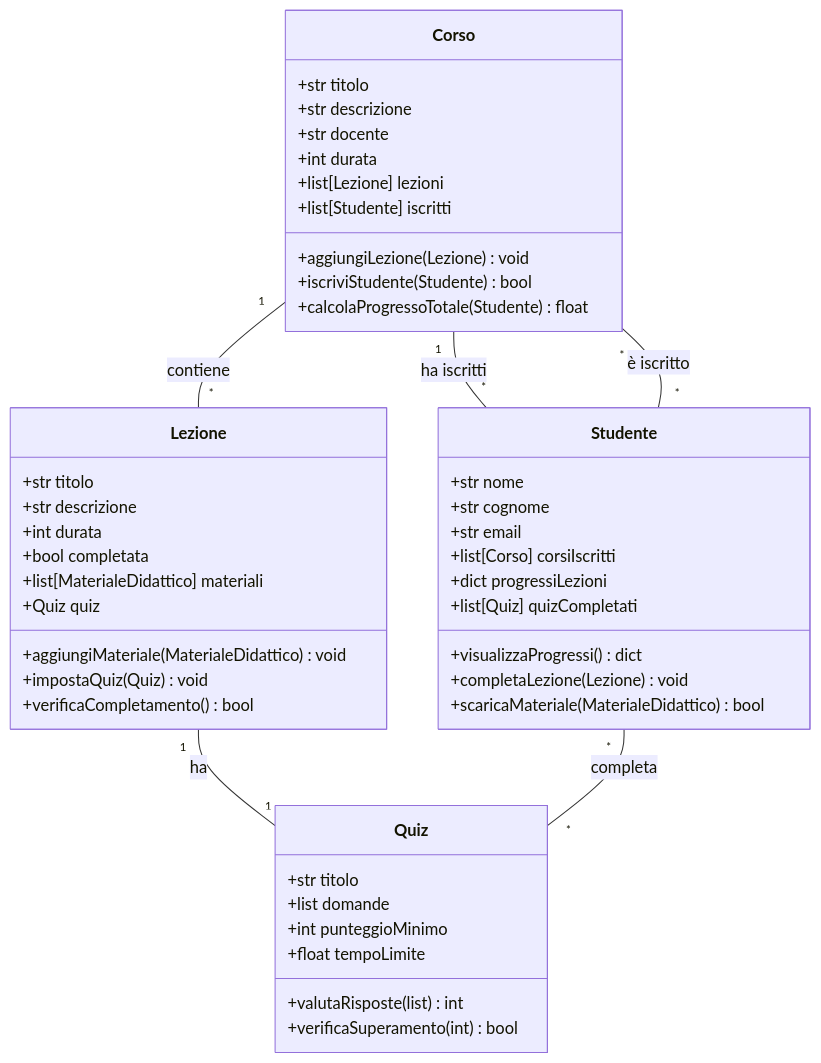
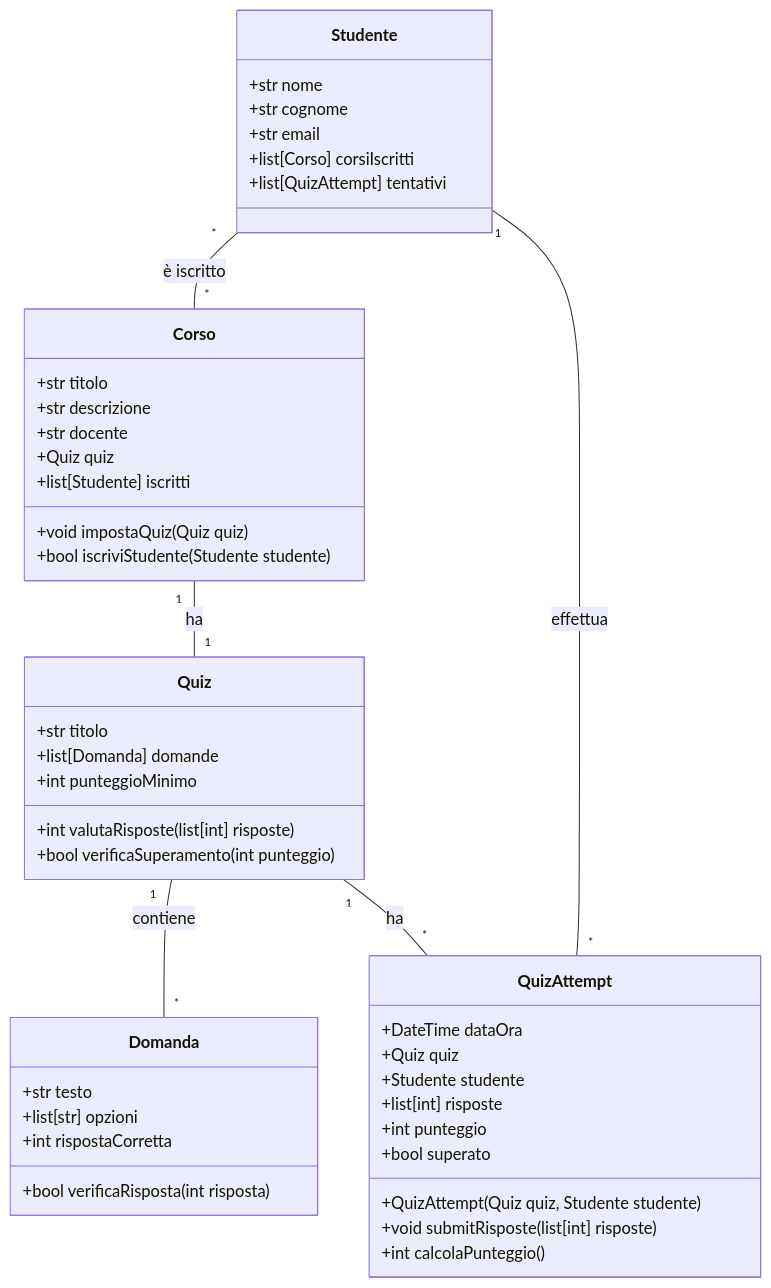
One commit to angelogalantiscuola/2425_4M changed the diagram in src/e30.md. Above: the diagram before and after it, drawn with Mermaid. The commit also changed other lines of this file and 4 other files, not shown here.

Commit message:
Update .gitignore to exclude specific files; enhance class diagram and documentation for online quiz system

````diff
--- a/src/e30.md
+++ b/src/e30.md
@@ -1,54 +1,54 @@
 ```mermaid
 classDiagram
+
+    Corso "1" -- "1" Quiz : ha
+    Studente "*" -- "*" Corso : è iscritto
+    Quiz "1" -- "*" Domanda : contiene
+    Quiz "1" -- "*" QuizAttempt : ha
+    Studente "1" -- "*" QuizAttempt : effettua
+
     class Corso {
         +str titolo
         +str descrizione
         +str docente
-        +int durata
-        +list[Lezione] lezioni
+        +Quiz quiz
         +list[Studente] iscritti
-        +aggiungiLezione(Lezione) void
-        +iscriviStudente(Studente) bool
-        +calcolaProgressoTotale(Studente) float
+        +void impostaQuiz(Quiz quiz)
+        +bool iscriviStudente(Studente studente)
     }
 
     class Studente {
         +str nome
         +str cognome
         +str email
         +list[Corso] corsiIscritti
-        +dict progressiLezioni
-        +list[Quiz] quizCompletati
-        +visualizzaProgressi() dict
-        +completaLezione(Lezione) void
-        +scaricaMateriale(MaterialeDidattico) bool
-    }
-
-    class Lezione {
-        +str titolo
-        +str descrizione
-        +int durata
-        +bool completata
-        +list[MaterialeDidattico] materiali
-        +Quiz quiz
-        +aggiungiMateriale(MaterialeDidattico) void
-        +impostaQuiz(Quiz) void
-        +verificaCompletamento() bool
+        +list[QuizAttempt] tentativi
     }
 
     class Quiz {
         +str titolo
-        +list domande
+        +list[Domanda] domande
         +int punteggioMinimo
-        +float tempoLimite
-        +valutaRisposte(list) int
-        +verificaSuperamento(int) bool
+        +int valutaRisposte(list[int] risposte)
+        +bool verificaSuperamento(int punteggio)
     }
 
+    class Domanda {
+        +str testo
+        +list[str] opzioni
+        +int rispostaCorretta
+        +bool verificaRisposta(int risposta)
+    }
 
-    Corso "1" -- "*" Lezione : contiene
-    Corso "1" -- "*" Studente : ha iscritti
-    Lezione "1" -- "1" Quiz : ha
-    Studente "*" -- "*" Corso : è iscritto
-    Studente "*" -- "*" Quiz : completa
+    class QuizAttempt {
+        +DateTime dataOra
+        +Quiz quiz
+        +Studente studente
+        +list[int] risposte
+        +int punteggio
+        +bool superato
+        +QuizAttempt(Quiz quiz, Studente studente)
+        +void submitRisposte(list[int] risposte)
+        +int calcolaPunteggio()
+    }
 ```
````
